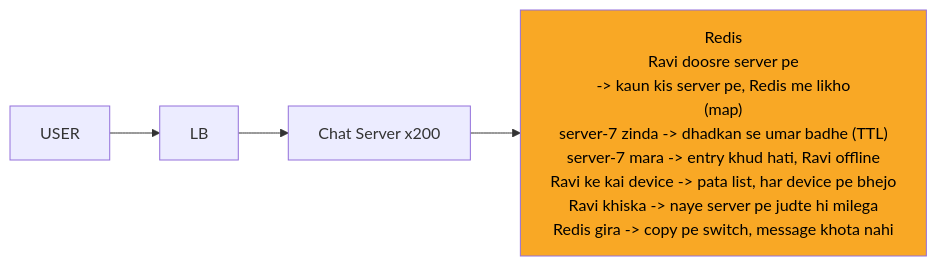
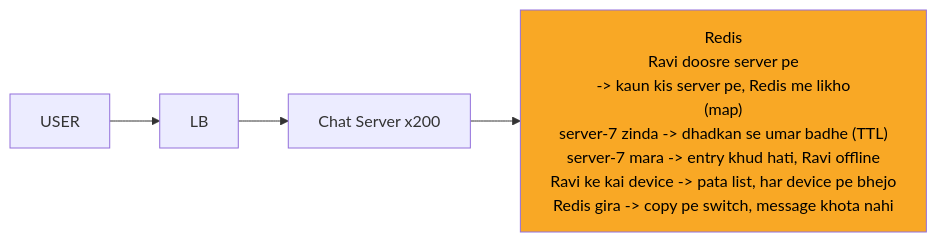
Before and after one commit to ArpanMaheshwari144/Prep: the third of 12 diagrams in 04_HLD/SYSTEM_DESIGNS/14_chat_messaging/14_chat_messaging.md, drawn with Mermaid. The commit also changed other lines of this file and 13 other files, not shown here.

````diff
--- a/04_HLD/SYSTEM_DESIGNS/14_chat_messaging/14_chat_messaging.md
+++ b/04_HLD/SYSTEM_DESIGNS/14_chat_messaging/14_chat_messaging.md
@@ -161,12 +161,12 @@
 ```mermaid
 %%{init: {"flowchart": {"wrappingWidth": 450}}}%%
 flowchart LR
     n_U["USER"]
     n_LB["LB"]
     n_CS["Chat Server x200"]
-    n_R["Redis<br/>Ravi doosre server pe<br/>-> kaun kis server pe, Redis me likho<br/>(map)<br/>server-7 zinda -> dhadkan se umar badhe (TTL)<br/>server-7 mara -> entry khud hati, Ravi offline<br/>Ravi ke kai device -> pata list, har device pe bhejo<br/>Ravi khiska -> naye server pe judte hi milega<br/>Redis gira -> copy pe switch, message khota nahi"]
+    n_R["Redis<br/>Ravi doosre server pe<br/>-> kaun kis server pe, Redis me likho<br/>(map)<br/>server-7 zinda -> dhadkan se umar badhe (TTL)<br/>server-7 mara -> entry khud hati, Ravi offline<br/>Ravi ke kai device -> pata list, har device pe bhejo<br/>Redis gira -> copy pe switch, message khota nahi"]
     n_U --> n_LB
     n_LB --> n_CS
     n_CS --> n_R
     style n_R fill:#f9a825,color:#000
 ```
````
